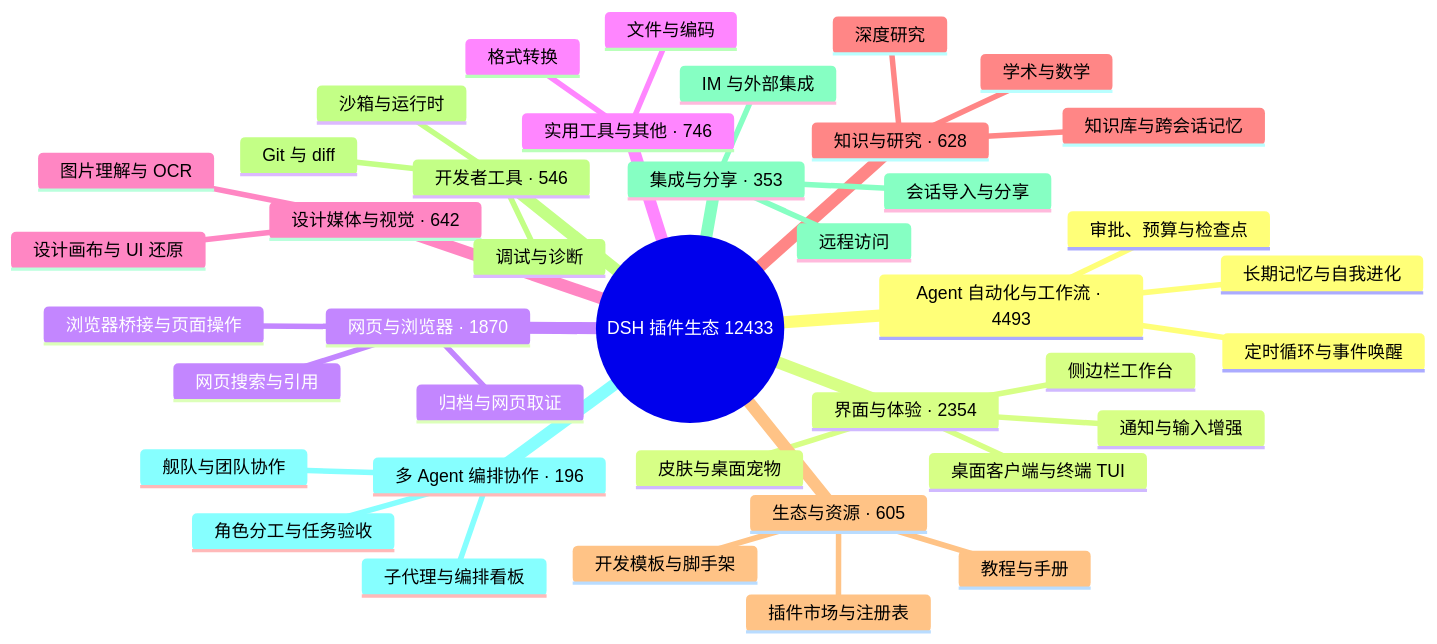
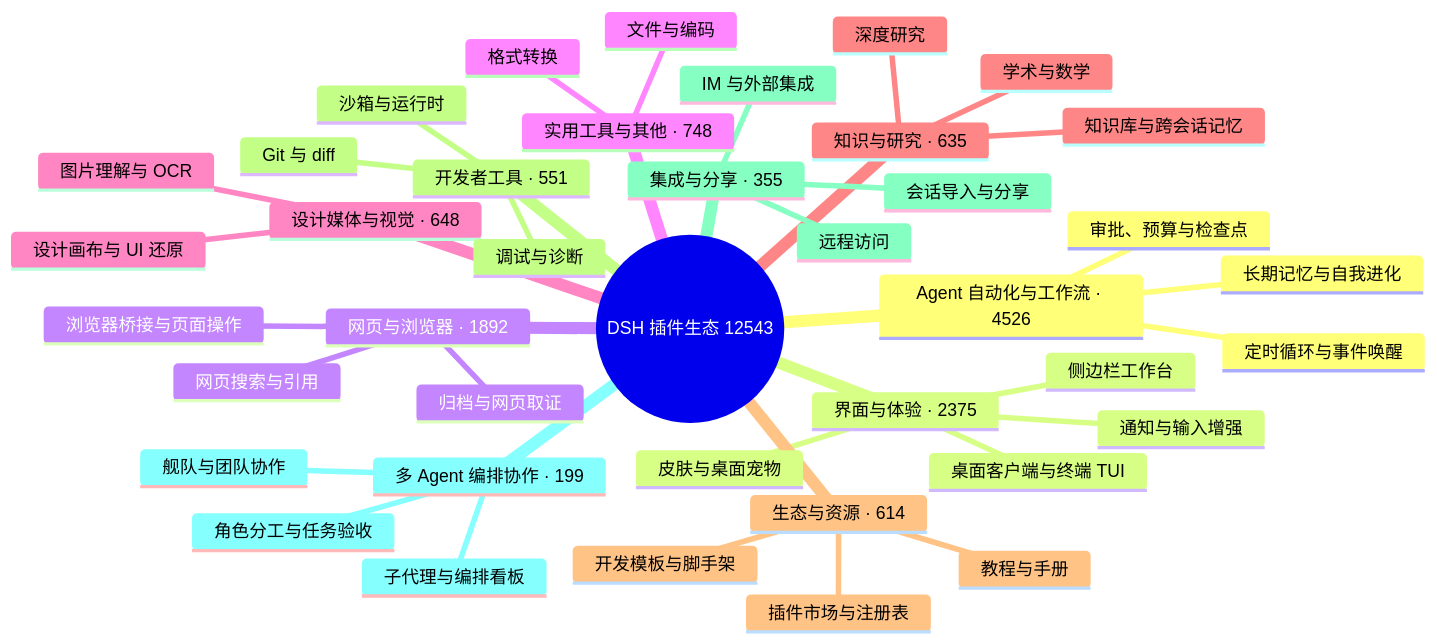
Before and after one commit to BOWLUNA/awesome-dsh-plugin: the diagram in README.md, drawn with Mermaid. The commit also changed other lines of this file and 20 other files, not shown here.

````diff
--- a/README.md
+++ b/README.md
@@ -33,43 +33,43 @@
 ```mermaid
 mindmap
-  root((DSH 插件生态 12433))
-    Agent 自动化与工作流 · 4493
+  root((DSH 插件生态 12543))
+    Agent 自动化与工作流 · 4526
       定时循环与事件唤醒
       长期记忆与自我进化
       审批、预算与检查点
-    界面与体验 · 2354
+    界面与体验 · 2375
       桌面客户端与终端 TUI
       侧边栏工作台
       皮肤与桌面宠物
       通知与输入增强
-    网页与浏览器 · 1870
+    网页与浏览器 · 1892
       浏览器桥接与页面操作
       网页搜索与引用
       归档与网页取证
-    实用工具与其他 · 746
+    实用工具与其他 · 748
       文件与编码
       格式转换
-    设计媒体与视觉 · 642
+    设计媒体与视觉 · 648
       图片理解与 OCR
       设计画布与 UI 还原
-    知识与研究 · 628
+    知识与研究 · 635
       知识库与跨会话记忆
       深度研究
       学术与数学
-    生态与资源 · 605
+    生态与资源 · 614
       插件市场与注册表
       开发模板与脚手架
       教程与手册
-    开发者工具 · 546
+    开发者工具 · 551
       Git 与 diff
       沙箱与运行时
       调试与诊断
-    集成与分享 · 353
+    集成与分享 · 355
       会话导入与分享
       远程访问
       IM 与外部集成
-    多 Agent 编排协作 · 196
+    多 Agent 编排协作 · 199
       子代理与编排看板
       舰队与团队协作
       角色分工与任务验收
 ```
````
